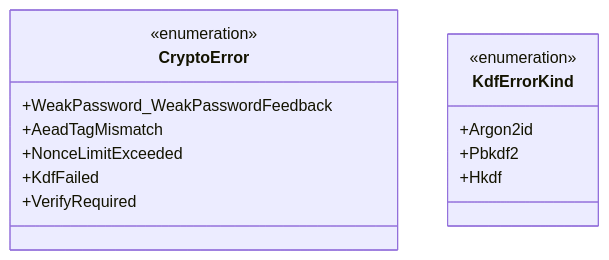
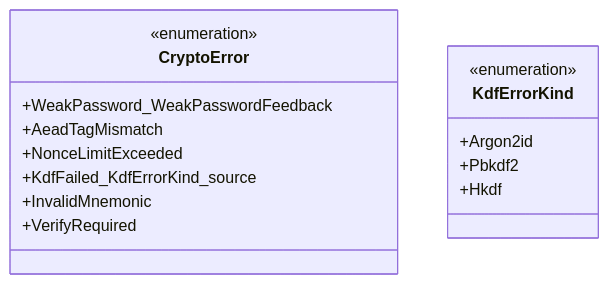
The second of 2 diagrams in docs/features/vault-encryption/detailed-design/errors-and-contracts.md (shikomi-dev/shikomi), drawn with Mermaid before and after one commit. The commit also changed other lines of this file and 6 other files, not shown here.

````diff
--- a/docs/features/vault-encryption/detailed-design/errors-and-contracts.md
+++ b/docs/features/vault-encryption/detailed-design/errors-and-contracts.md
@@ -93,17 +93,18 @@
 ```mermaid
 classDiagram
     class CryptoError {
         <<enumeration>>
         +WeakPassword_WeakPasswordFeedback
         +AeadTagMismatch
         +NonceLimitExceeded
-        +KdfFailed
+        +KdfFailed_KdfErrorKind_source
+        +InvalidMnemonic
         +VerifyRequired
     }
     class KdfErrorKind {
         <<enumeration>>
         +Argon2id
         +Pbkdf2
         +Hkdf
     }
 ```
````
